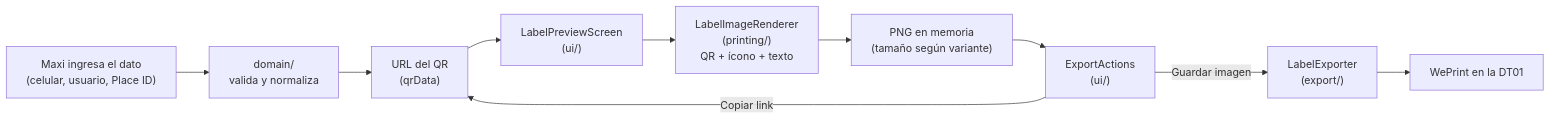
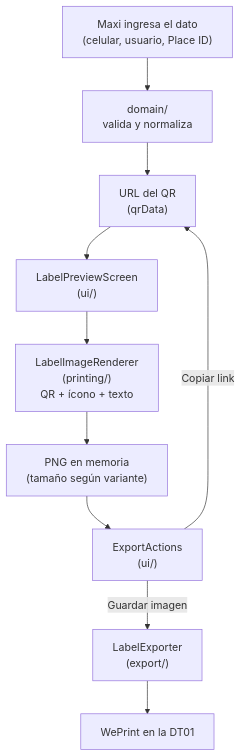
One commit to maxiar-org/qr-generator changed the diagram in docs/src/content/docs/arquitectura/index.md. Above: the diagram before and after it, drawn with Mermaid. The commit also changed 3 other files, not shown here.

First line of the commit message:
Arreglá la legibilidad del diagrama Mermaid y aclará el formato del 0/15 en WhatsApp

````diff
--- a/docs/src/content/docs/arquitectura/index.md
+++ b/docs/src/content/docs/arquitectura/index.md
@@ -44,12 +44,12 @@
 ```mermaid
-flowchart LR
+flowchart TD
     A["Maxi ingresa el dato\n(celular, usuario, Place ID)"] --> B["domain/\nvalida y normaliza"]
     B --> C["URL del QR\n(qrData)"]
     C --> D["LabelPreviewScreen\n(ui/)"]
     D --> E["LabelImageRenderer\n(printing/)\nQR + ícono + texto"]
     E --> F["PNG en memoria\n(tamaño según variante)"]
     F --> G["ExportActions\n(ui/)"]
     G -->|Guardar imagen| H["LabelExporter\n(export/)"]
     G -->|Copiar link| C
     H --> I["WePrint en la DT01"]
 ```
````
